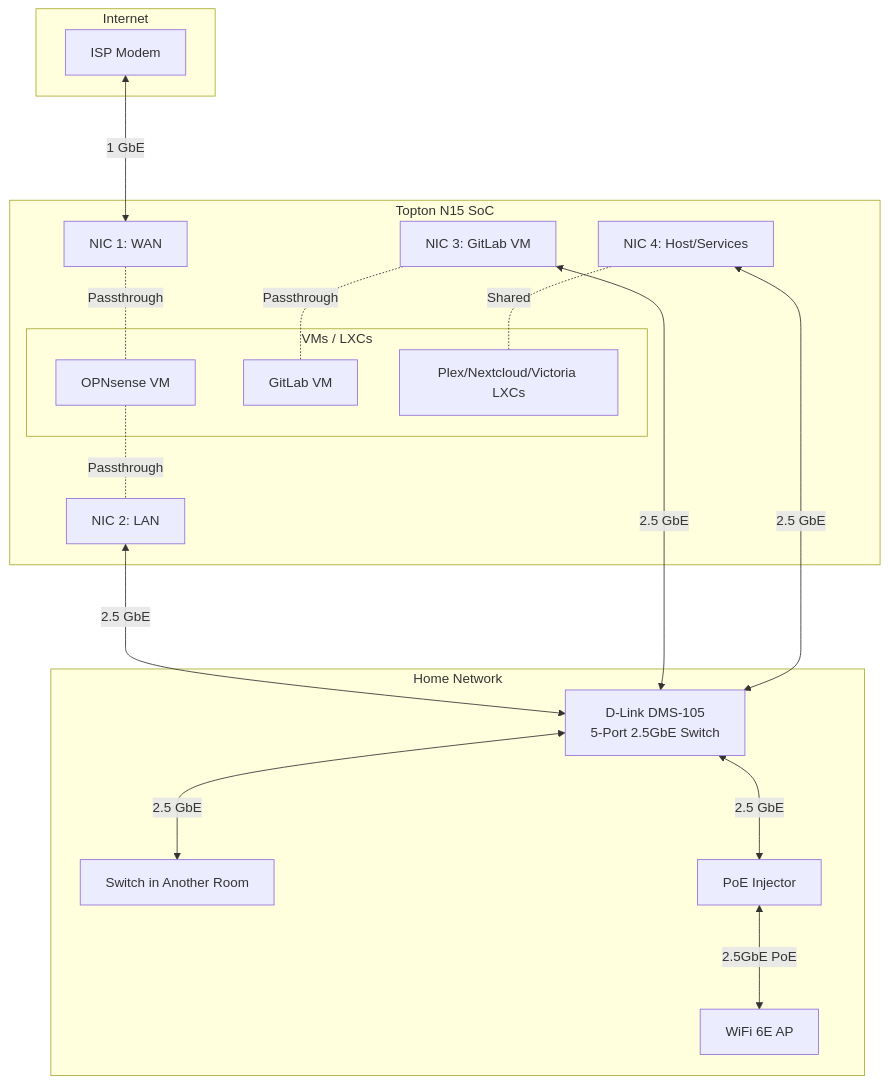
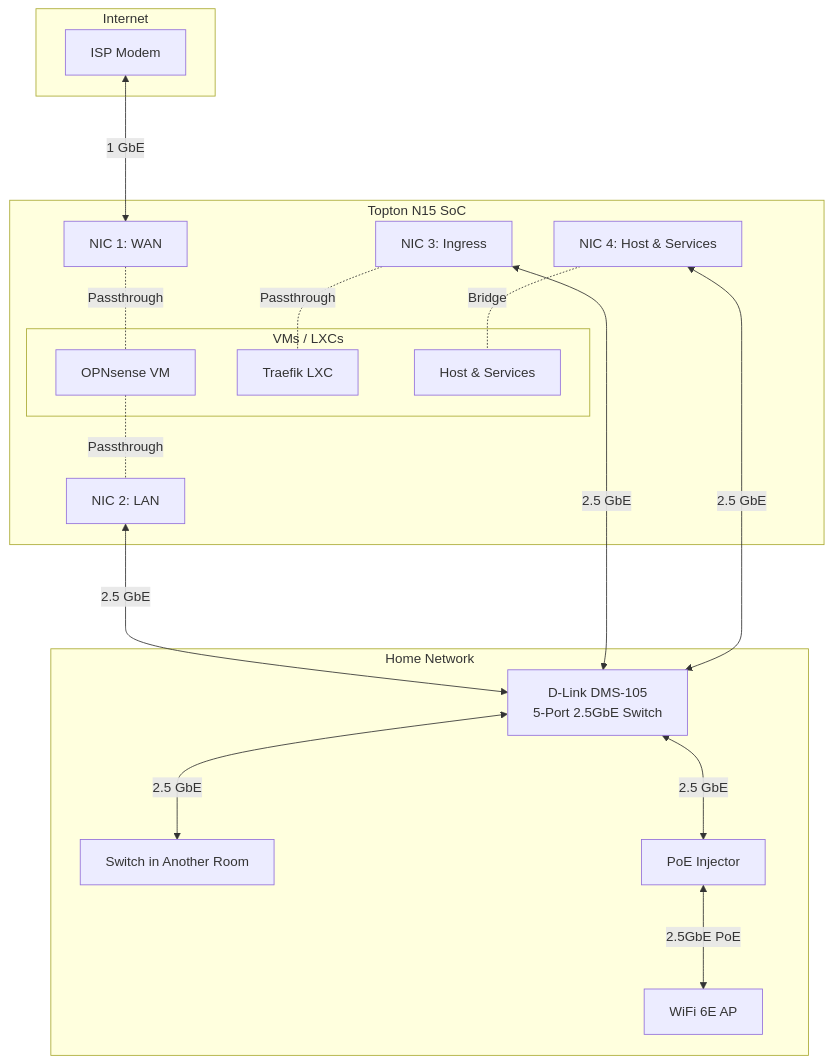
The second of 6 diagrams in _posts/2025-09-28-building-a-private-wooden-cloud-part-1-the-plan.md (wiesion/wiesion.github.io), drawn with Mermaid before and after one commit. The commit also changed other lines of this file and 2 other files, not shown here.

Commit message:
Added Networking, ingress, vpn sections. Rephrased and restructured intro and closing. More details for Hardware

````diff
--- a/_posts/2025-09-28-building-a-private-wooden-cloud-part-1-the-plan.md
+++ b/_posts/2025-09-28-building-a-private-wooden-cloud-part-1-the-plan.md
@@ -106,39 +118,39 @@
 ```mermaid
 graph TB
     subgraph Internet
         ISP[ISP Modem]
     end
     
     subgraph Server["Topton N15 SoC"]
         NIC1[NIC 1: WAN]
         NIC2[NIC 2: LAN]
-        NIC3[NIC 3: GitLab VM]
-        NIC4[NIC 4: Host/Services]
+        NIC3[NIC 3: Ingress]
+        NIC4[NIC 4: Host & Services]
         
         subgraph VMs["VMs / LXCs"]
             OPNsense[OPNsense VM]
-            GitLab[GitLab VM]
-            Services[Plex/Nextcloud/Victoria LXCs]
+            Traefik[Traefik LXC]
+            Services[Host & Services]
         end
     end
     
     subgraph Network["Home Network"]
         Switch[D-Link DMS-105<br/>5-Port 2.5GbE Switch]
         RemoteSwitch[Switch in Another Room]
         PoE[PoE Injector]
         AP[WiFi 6E AP]
     end
     
     ISP <--->|1 GbE| NIC1
     NIC1 -.-|Passthrough| OPNsense
     OPNsense -.-|Passthrough| NIC2
     NIC2 <--->|2.5 GbE| Switch
-    NIC3 -.-|Passthrough| GitLab
+    NIC3 -.-|Passthrough| Traefik
     NIC3 <--->|2.5 GbE| Switch
-    NIC4 -.-|Shared| Services
+    NIC4 -.-|Bridge| Services
     NIC4 <--->|2.5 GbE| Switch
     
     Switch <--->|2.5 GbE| RemoteSwitch
     Switch <--->|2.5 GbE| PoE
     PoE <--->|2.5GbE PoE| AP
 ```
````
